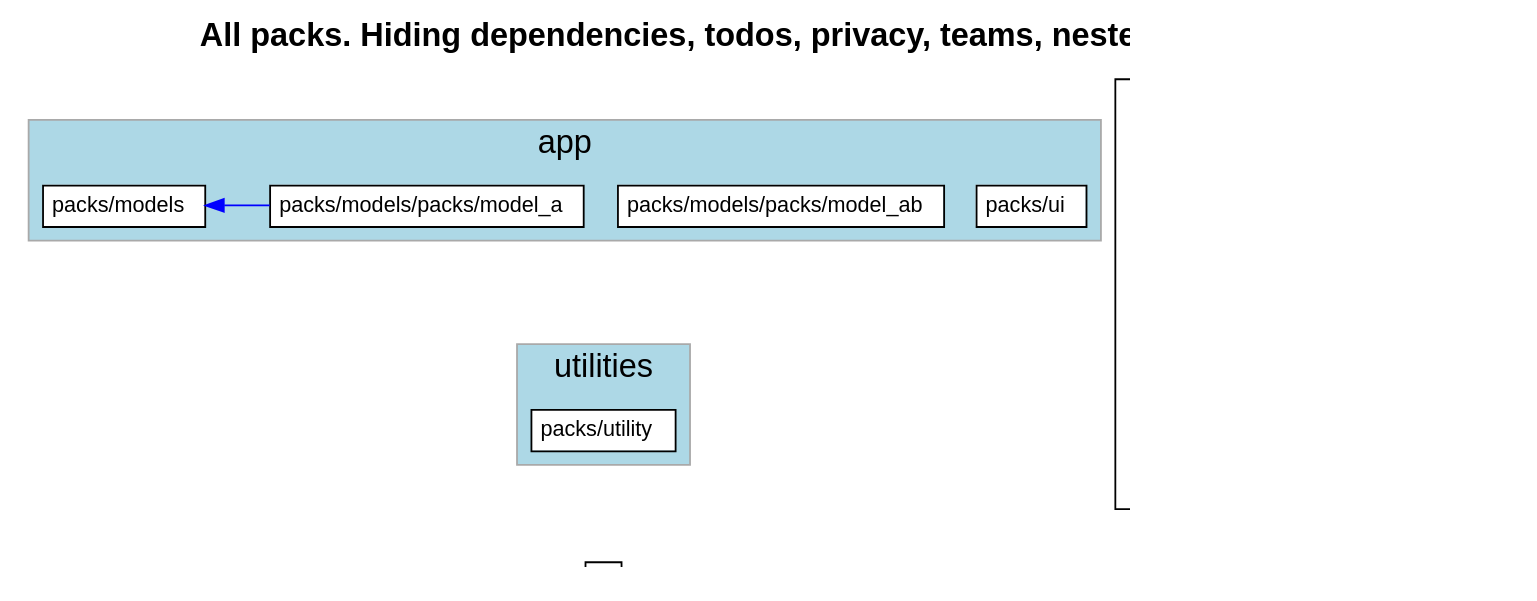
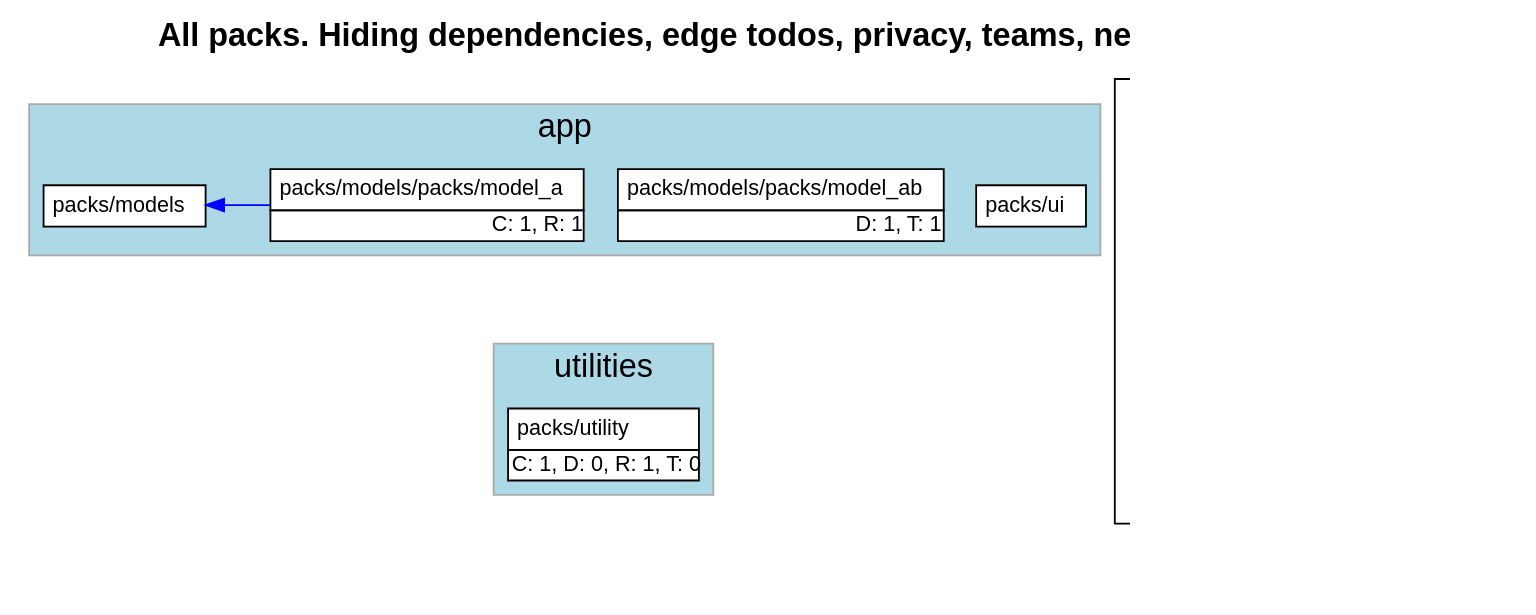
One commit to rubyatscale/visualize_packs changed the diagram in spec/sample_app1/test_output/only_layers.dot. Above: the diagram before and after it, drawn with Graphviz. The commit also changed 29 other files, not shown here.

```diff
--- a/spec/sample_app1/test_output/only_layers.dot
+++ b/spec/sample_app1/test_output/only_layers.dot
@@ -1,126 +1,129 @@
 digraph package_diagram {
   rankdir=TD
   graph [
     labelloc="t"
     fontname="Helvetica,Arial,sans-serif"
     dpi=100
     layout=dot
-    label=<<b>All packs. Hiding dependencies, todos, privacy, teams, nested relationships</b>>
+    label=<<b>All packs. Hiding dependencies, edge todos, privacy, teams, nested relationships</b>>
     fontsize=18
   ]
   node [
     fontname="Helvetica,Arial,sans-serif"
     fontsize=26.0
     fontcolor=black
     fillcolor=white
     color=black
     height=1.0
     style=filled
     shape=plain
   ]
     subgraph app {
       shape=box
       color=darkgrey
       fillcolor=lightblue
       style=filled
         label="app"
         cluster=true
         rank = 0        "packs/models" [
             fontsize=12.0
               URL="https://github.com/rubyatscale/visualize_packwerk/tree/main/spec/sample_app/packs/models"
 
             label= <
                 <table border='0' cellborder='1' cellspacing='0' cellpadding='4'>
                   <tr> <td align='left'> packs/models </td> </tr>
                 </table>
               >
           ]
         
         "packs/models/packs/model_a" [
             fontsize=12.0
               URL="https://github.com/rubyatscale/visualize_packwerk/tree/main/spec/sample_app/packs/models/packs/model_a"
 
             label= <
                 <table border='0' cellborder='1' cellspacing='0' cellpadding='4'>
                   <tr> <td align='left'> packs/models/packs/model_a </td> </tr>
+                  <tr><td CELLPADDING='1' ALIGN='RIGHT'>C: 1, R: 1</td></tr>
                 </table>
               >
           ]
         
         "packs/models/packs/model_ab" [
             fontsize=12.0
               URL="https://github.com/rubyatscale/visualize_packwerk/tree/main/spec/sample_app/packs/models/packs/model_ab"
 
             label= <
                 <table border='0' cellborder='1' cellspacing='0' cellpadding='4'>
                   <tr> <td align='left'> packs/models/packs/model_ab </td> </tr>
+                  <tr><td CELLPADDING='1' ALIGN='RIGHT'>D: 1, T: 1</td></tr>
                 </table>
               >
           ]
         
         "packs/ui" [
             fontsize=12.0
               URL="https://github.com/rubyatscale/visualize_packwerk/tree/main/spec/sample_app/packs/ui"
 
             label= <
                 <table border='0' cellborder='1' cellspacing='0' cellpadding='4'>
                   <tr> <td align='left'> packs/ui </td> </tr>
                 </table>
               >
           ]
         
     }
     subgraph utilities {
       shape=box
       color=darkgrey
       fillcolor=lightblue
       style=filled
         label="utilities"
         cluster=true
         rank = 1        "packs/utility" [
             fontsize=12.0
               URL="https://github.com/rubyatscale/visualize_packwerk/tree/main/spec/sample_app/packs/utility"
 
             label= <
                 <table border='0' cellborder='1' cellspacing='0' cellpadding='4'>
                   <tr> <td align='left'> packs/utility </td> </tr>
+                  <tr><td CELLPADDING='1' ALIGN='RIGHT'>C: 1, D: 0, R: 1, T: 0</td></tr>
                 </table>
               >
           ]
         
     }
               "packs/models" -> "packs/utility" [ style=invis ]
               "packs/models/packs/model_a" -> "packs/utility" [ style=invis ]
               "packs/models/packs/model_ab" -> "packs/utility" [ style=invis ]
               "packs/ui" -> "packs/utility" [ style=invis ]
     subgraph NotInLayer {
       shape=box
       color=darkgrey
       fillcolor=lightblue
       style=filled
         cluster=false
         "." [
             fontsize=12.0
               URL="https://github.com/rubyatscale/visualize_packwerk/tree/main/spec/sample_app/"
 
             label= <
                 <table border='0' cellborder='1' cellspacing='0' cellpadding='4'>
                   <tr> <td align='left'> . </td> </tr>
                 </table>
               >
           ]
         
     }
               "packs/utility" -> "." [ style=invis ]
         "packs/models/packs/model_a" -> "packs/models" [ color=blue constraint=false ]
     subgraph cluster_legend {
       fontsize=16
       label="Edges Styles and Arrow Heads"
       M [ fontsize=12 shape=box label="package"]
       N [ fontsize=12 shape=box label="package"]
       M -> N [label="visibile to" color=blue]
       LEGEND_NODE_1 [ label="" peripheries=0 height=0 width=0 style=invis ]
       LEGEND_NODE_2 [ label="" peripheries=0 height=0 width=0 style=invis ]
       LEGEND_NODE_1 -> LEGEND_NODE_2 [ style=invis ]
     }
 }
```
